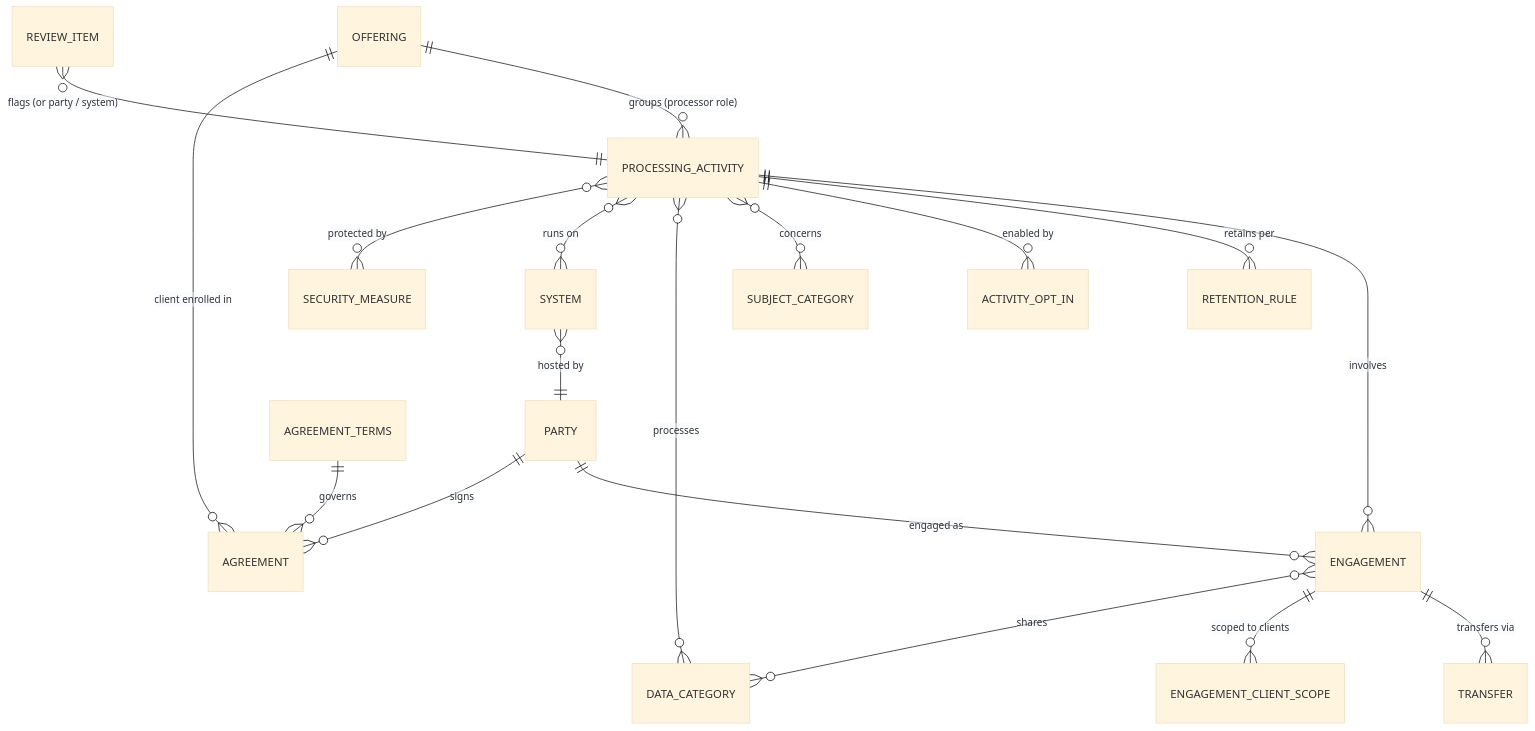
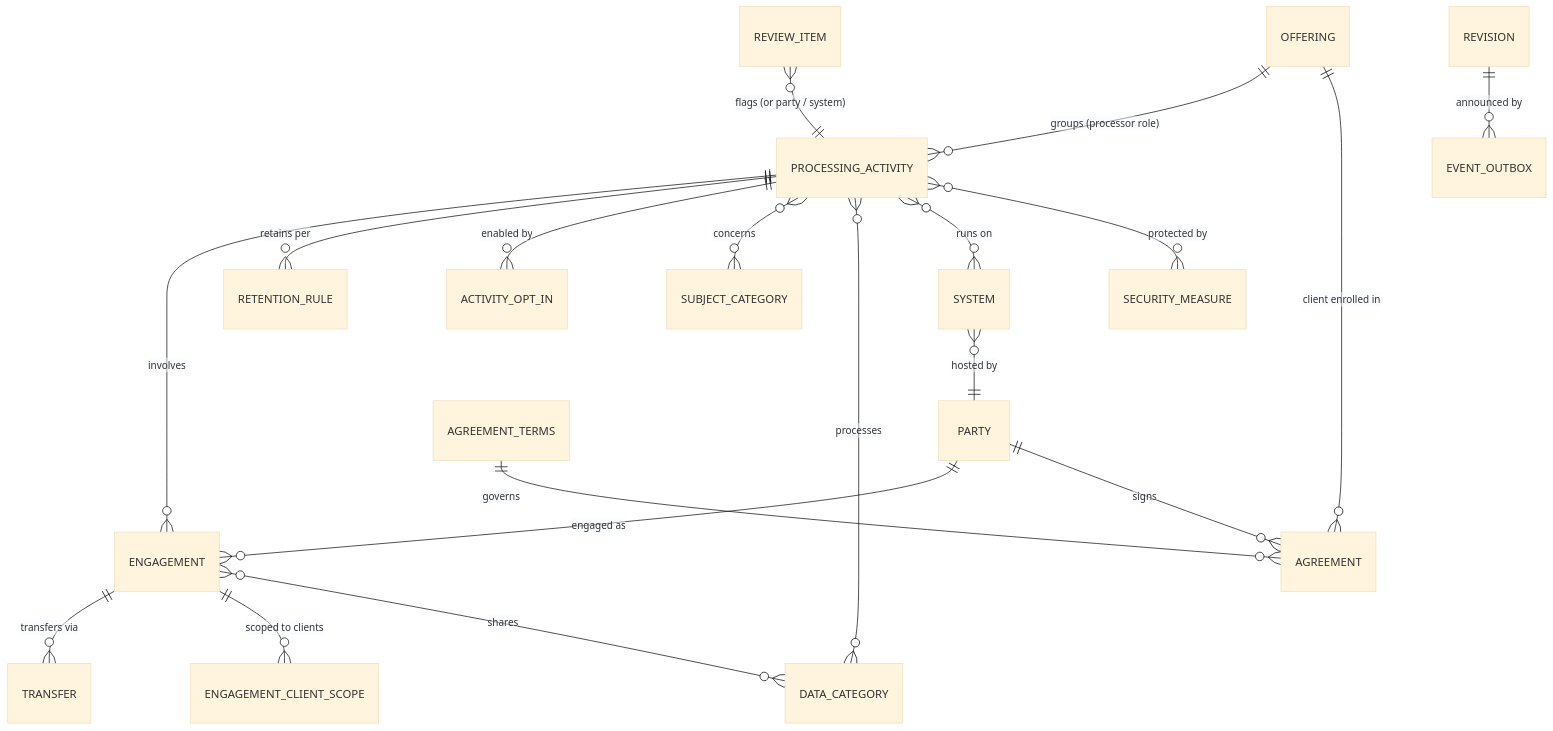
Before and after one commit to rulemark/rulemark-governance: the diagram in design/ropa-data-model.md, drawn with Mermaid (base theme). The commit also changed other lines of this file and 1 other file, not shown here.

````diff
--- a/design/ropa-data-model.md
+++ b/design/ropa-data-model.md
@@ -21,20 +21,21 @@
 ```mermaid
 erDiagram
     OFFERING ||--o{ PROCESSING_ACTIVITY : "groups (processor role)"
     PROCESSING_ACTIVITY ||--o{ ENGAGEMENT : "involves"
     PARTY ||--o{ ENGAGEMENT : "engaged as"
     ENGAGEMENT ||--o{ TRANSFER : "transfers via"
     ENGAGEMENT ||--o{ ENGAGEMENT_CLIENT_SCOPE : "scoped to clients"
     PROCESSING_ACTIVITY ||--o{ RETENTION_RULE : "retains per"
     PROCESSING_ACTIVITY ||--o{ ACTIVITY_OPT_IN : "enabled by"
     AGREEMENT_TERMS ||--o{ AGREEMENT : "governs"
     PARTY ||--o{ AGREEMENT : "signs"
     OFFERING ||--o{ AGREEMENT : "client enrolled in"
     PROCESSING_ACTIVITY }o--o{ SUBJECT_CATEGORY : "concerns"
     PROCESSING_ACTIVITY }o--o{ DATA_CATEGORY : "processes"
     ENGAGEMENT }o--o{ DATA_CATEGORY : "shares"
     PROCESSING_ACTIVITY }o--o{ SYSTEM : "runs on"
     PROCESSING_ACTIVITY }o--o{ SECURITY_MEASURE : "protected by"
     SYSTEM }o--|| PARTY : "hosted by"
     REVIEW_ITEM }o--|| PROCESSING_ACTIVITY : "flags (or party / system)"
+    REVISION ||--o{ EVENT_OUTBOX : "announced by"
 ```
````
